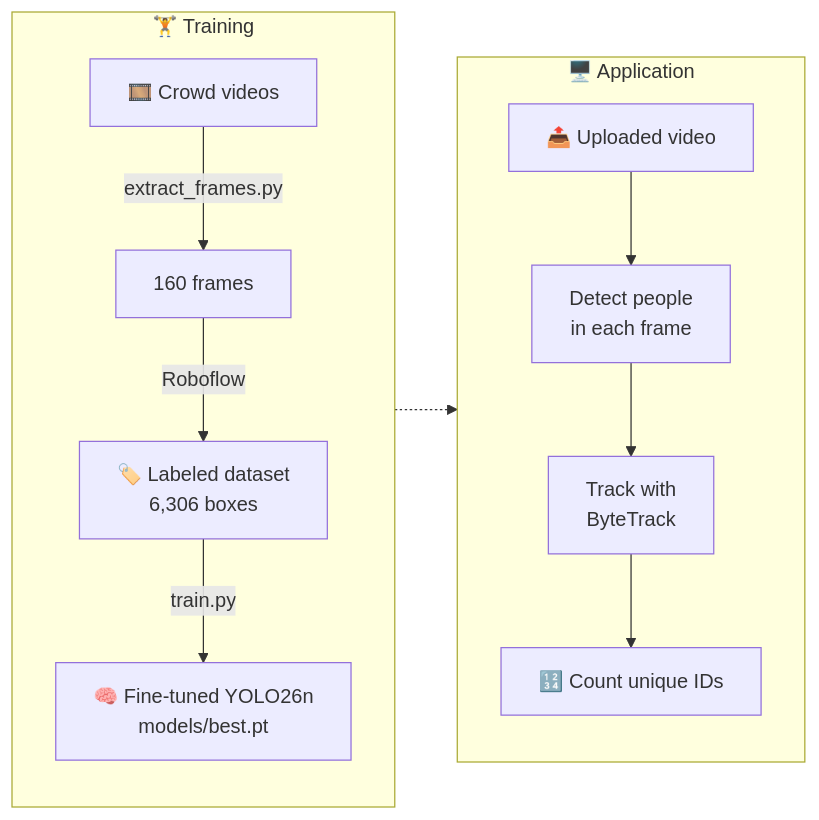
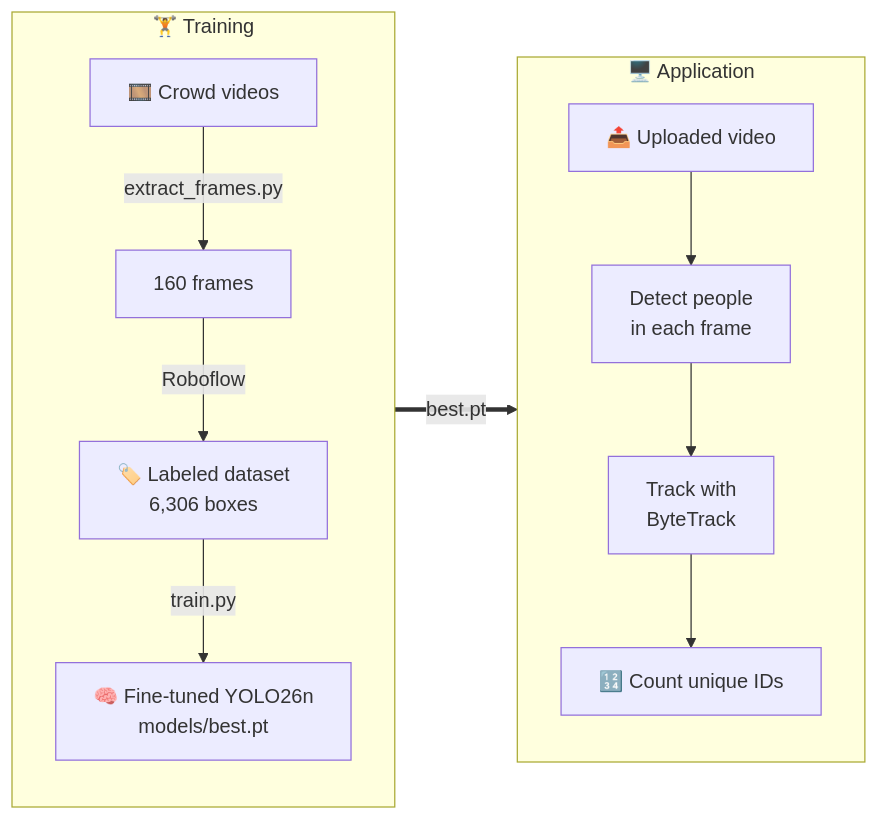
Before and after one commit to betulaltunyuva/yolov8-person-counting: the diagram in README.md, drawn with Mermaid.

Commit message:
Keep README pipeline diagram compact

````diff
--- a/README.md
+++ b/README.md
@@ -82,16 +82,16 @@
 ```mermaid
 flowchart LR
     subgraph T [" 🏋️ Training "]
         direction TB
         A[🎞️ Crowd videos] -->|extract_frames.py| B[160 frames]
         B -->|Roboflow| C[🏷️ Labeled dataset<br/>6,306 boxes]
         C -->|train.py| D[🧠 Fine-tuned YOLO26n<br/>models/best.pt]
     end
     subgraph P [" 🖥️ Application "]
         direction TB
         E[📤 Uploaded video] --> F[Detect people<br/>in each frame]
         F --> G[Track with<br/>ByteTrack]
         G --> H[🔢 Count unique IDs]
     end
-    D -.-> F
+    T ==>|best.pt| P
 ```
````
